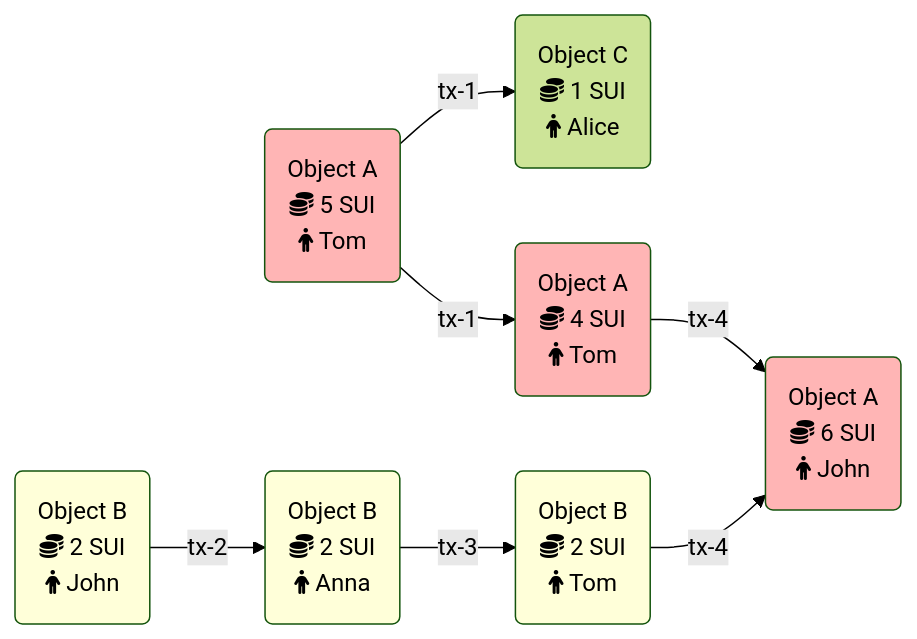
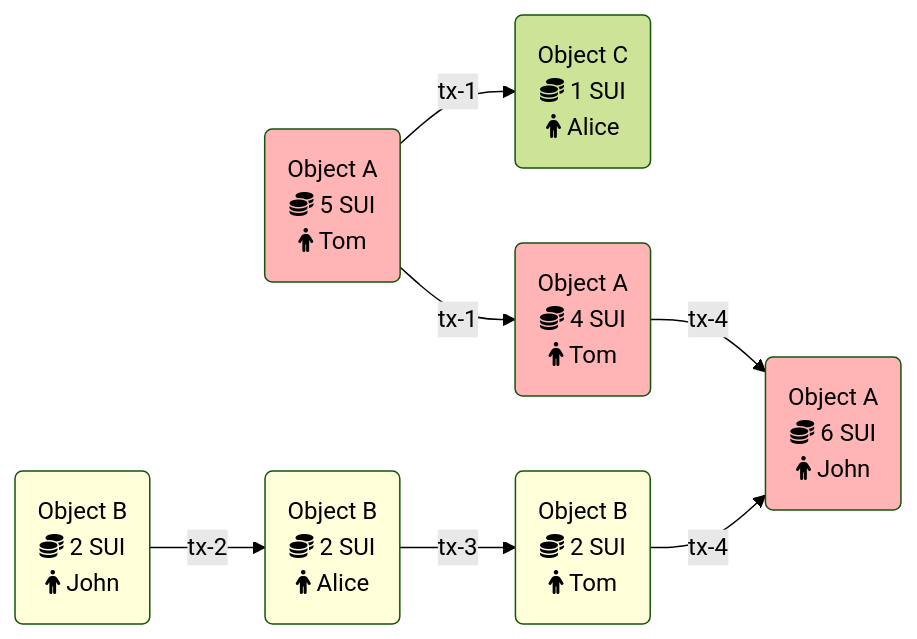
The diagram in docs/content/guides/developer/transactions/txn-overview.mdx (MystenLabs/sui), drawn with Mermaid (forest theme) before and after one commit. The commit also changed other lines of this file and 40 other files, not shown here.

````diff
--- a/docs/content/guides/developer/transactions/txn-overview.mdx
+++ b/docs/content/guides/developer/transactions/txn-overview.mdx
@@ -62,32 +62,32 @@
 ```mermaid
 flowchart LR
     id1(Object A
     fa:fa-coins 5 SUI
     fa:fa-person Tom):::object-a;
     id2(Object C
     fa:fa-coins 1 SUI
     fa:fa-person Alice);
     id3(Object A
     fa:fa-coins 4 SUI
     fa:fa-person Tom):::object-a;
     id4(Object B
     fa:fa-coins 2 SUI
     fa:fa-person John):::object-b;
     id5(Object B
     fa:fa-coins 2 SUI
-    fa:fa-person Anna):::object-b;
+    fa:fa-person Alice):::object-b;
     id6(Object B
     fa:fa-coins 2 SUI
     fa:fa-person Tom):::object-b;
     id7(Object A
     fa:fa-coins 6 SUI
     fa:fa-person John):::object-a;
     id1-->|tx-1|id2;
     id1-->|tx-1|id3;
     id4-->|tx-2|id5;
     id5-->|tx-3|id6;
     id3-->|tx-4|id7;
     id6-->|tx-4|id7;
     classDef object-a fill:#f225;
     classDef object-b fill:#ff43;
 ```
````
